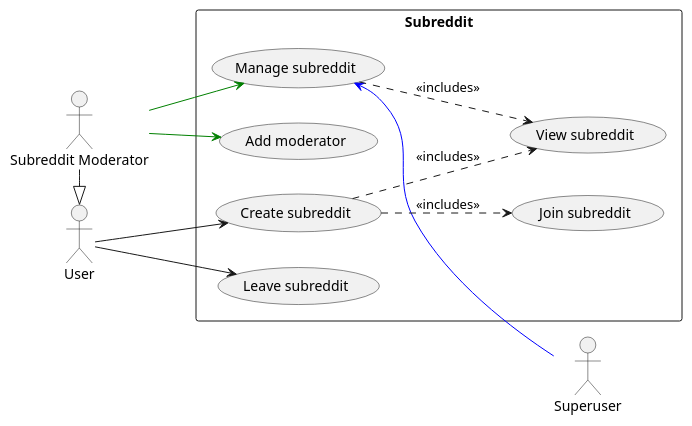
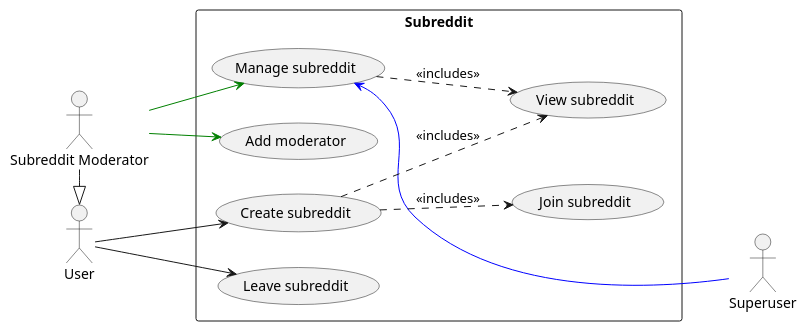
One commit to Huy-Ngo/reddit-design changed the diagram in use_case_subreddit.puml. Above: the diagram before and after it, drawn with PlantUML.

Commit message:
Add a dash for nicer position

```diff
--- a/use_case_subreddit.puml
+++ b/use_case_subreddit.puml
@@ -1,31 +1,31 @@
 @startuml
 skinparam packageStyle rectangle
 left to right direction
 actor "User" as user
 actor "Subreddit Moderator" as mod
 actor "Superuser" as su
 mod -|> user
 
 rectangle Subreddit as sub {
   usecase "Create subreddit" as sub_create
   usecase "View subreddit" as sub_read
   usecase "Manage subreddit" as sub_manage
   usecase "Add moderator" as sub_add_mod
 
   usecase "Join subreddit" as sub_join
   usecase "Leave subreddit" as sub_leave
 }
 
 user --> sub_create
 user --> sub_leave
 
 mod -[#green]-> sub_manage
 mod -[#green]-> sub_add_mod
 
-sub_manage    <-[#blue]- su
+sub_manage    <-[#blue]-- su
 
 sub_create ..> sub_read : <<includes>>
 sub_create ..> sub_join : <<includes>>
 sub_manage ..> sub_read : <<includes>>
 
 @enduml
```
